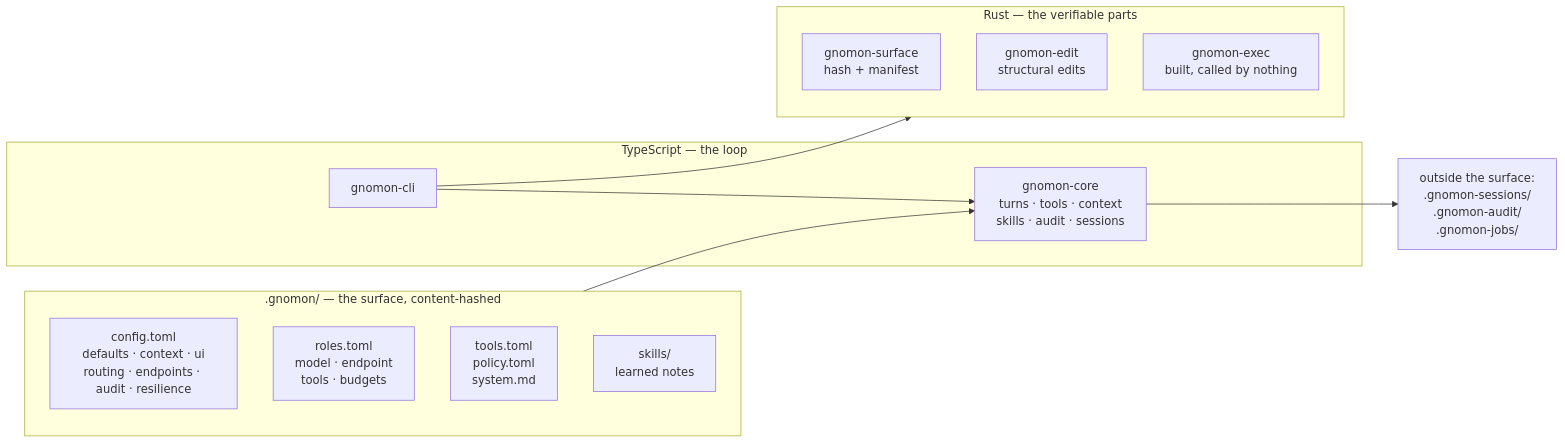
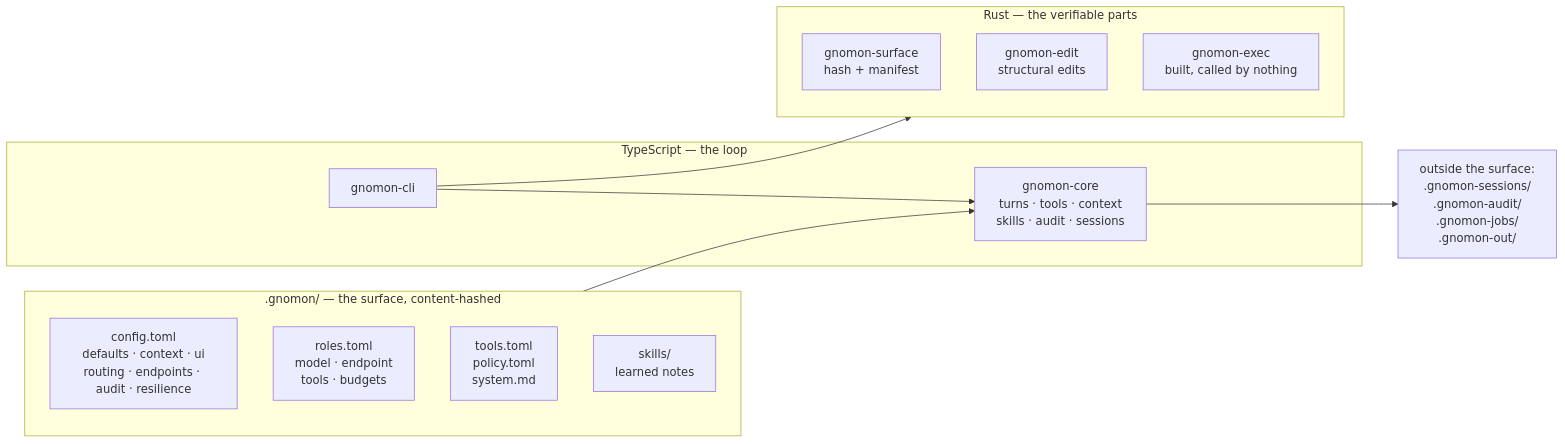
The second of 2 diagrams in README.md (eljaplacido/gnomonharness), drawn with Mermaid before and after one commit. The commit also changed other lines of this file and 25 other files, not shown here.

````diff
--- a/README.md
+++ b/README.md
@@ -142,25 +142,25 @@
 ```mermaid
 flowchart LR
     subgraph SURFACE[".gnomon/ — the surface, content-hashed"]
         S1["config.toml<br/>defaults · context · ui<br/>routing · endpoints · audit · resilience"]
         S2["roles.toml<br/>model · endpoint<br/>tools · budgets"]
         S3["tools.toml<br/>policy.toml<br/>system.md"]
         S4["skills/<br/>learned notes"]
     end
 
     subgraph TS["TypeScript — the loop"]
         T1["gnomon-core<br/>turns · tools · context<br/>skills · audit · sessions"]
         T2["gnomon-cli"]
     end
 
     subgraph RS["Rust — the verifiable parts"]
         R1["gnomon-surface<br/>hash + manifest"]
         R2["gnomon-edit<br/>structural edits"]
         R3["gnomon-exec<br/>built, called by nothing"]
     end
 
     SURFACE --> T1
     T2 --> T1
     T2 --> RS
-    T1 --> OUT["outside the surface:<br/>.gnomon-sessions/<br/>.gnomon-audit/<br/>.gnomon-jobs/"]
+    T1 --> OUT["outside the surface:<br/>.gnomon-sessions/<br/>.gnomon-audit/<br/>.gnomon-jobs/<br/>.gnomon-out/"]
 ```
````
